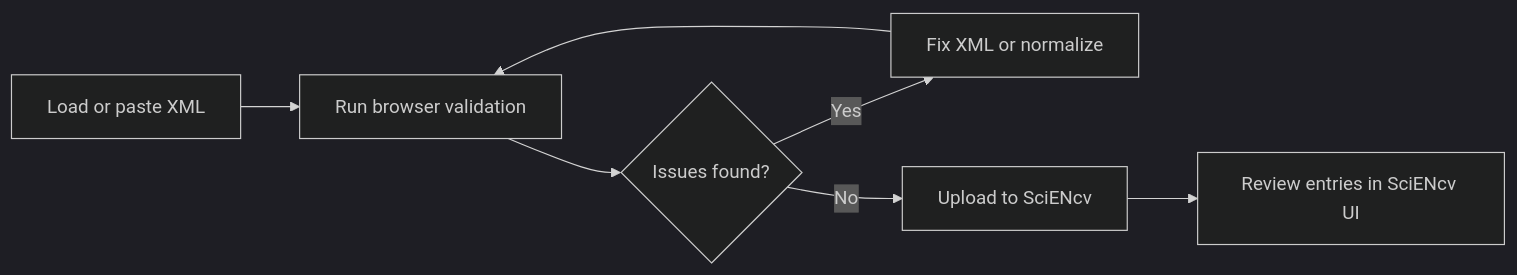
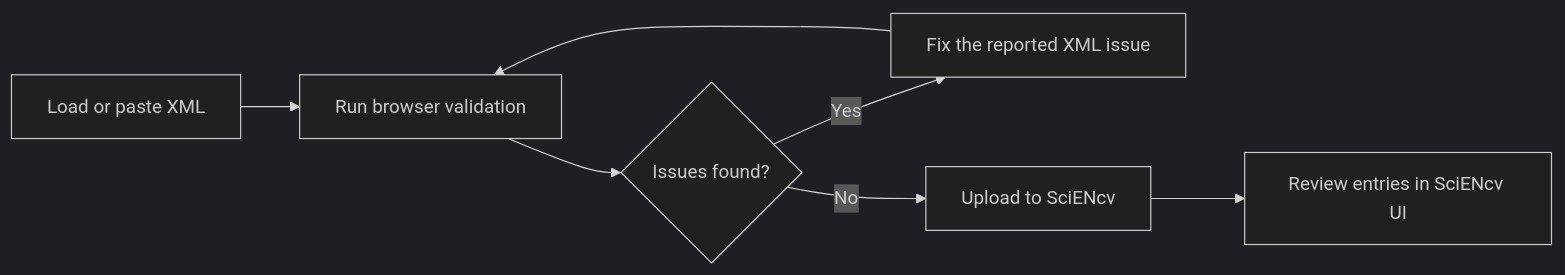
One commit to FritscheLab/nih-sciencv-playbook changed the diagram in docs/other-support/xml-upload/validator.md. Above: the diagram before and after it, drawn with Mermaid (dark theme). The commit also changed 48 other files, not shown here.

````diff
--- a/docs/other-support/xml-upload/validator.md
+++ b/docs/other-support/xml-upload/validator.md
@@ -16,11 +16,11 @@
 ```mermaid
 flowchart LR
     accTitle: Browser validator workflow
     accDescr: The browser validator checks CPOS XML locally, reports common issues, and sends corrected XML back to SciENcv upload review.
     A["Load or paste XML"] --> B["Run browser validation"]
     B --> C{"Issues found?"}
-    C -- "Yes" --> D["Fix XML or normalize"]
+    C -- "Yes" --> D["Fix the reported XML issue"]
     D --> B
     C -- "No" --> E["Upload to SciENcv"]
     E --> F["Review entries in SciENcv UI"]
 ```
````
